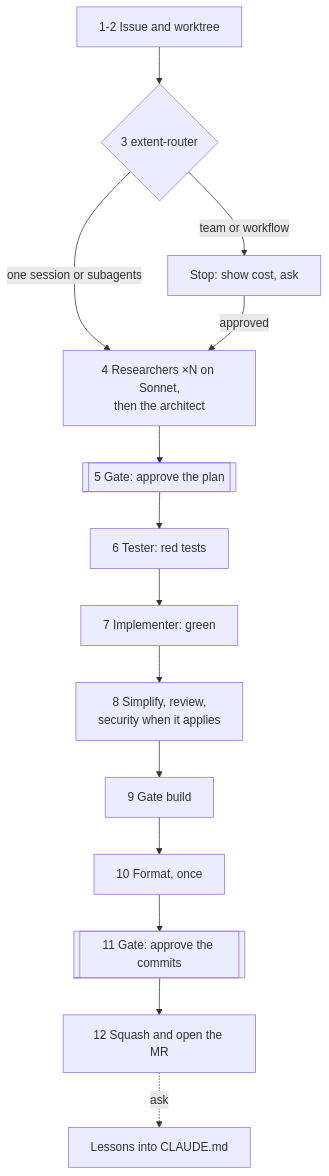
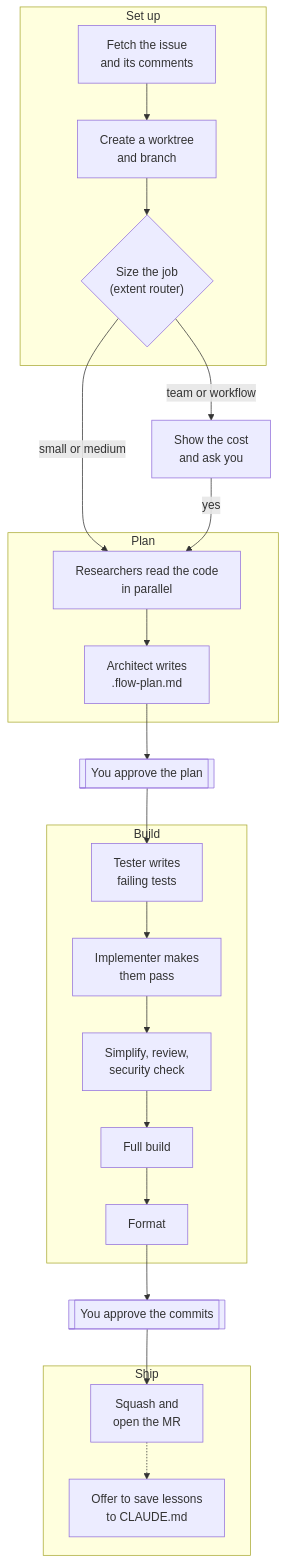
One commit to MarkusVGJensen/flow changed the fourth of 5 diagrams in README.md. Above: the diagram before and after it, drawn with Mermaid. The commit also changed other lines of this file, not shown here.

First line of the commit message:
README: easier to read, ideas explained one by one

````diff
--- a/README.md
+++ b/README.md
@@ -134,16 +366,21 @@
 ```mermaid
 flowchart TD
-  A["1-2 Issue and worktree"] --> R{"3 extent-router"}
-  R -- "one session or subagents" --> P["4 Researchers ×N on Sonnet,<br/>then the architect"]
-  R -- "team or workflow" --> Q["Stop: show cost, ask"]
-  Q -- "approved" --> P
-  P --> G1[["5 Gate: approve the plan"]]
-  G1 --> T["6 Tester: red tests"]
-  T --> I["7 Implementer: green"]
-  I --> V["8 Simplify, review,<br/>security when it applies"]
-  V --> B["9 Gate build"]
-  B --> F["10 Format, once"]
-  F --> G2[["11 Gate: approve the commits"]]
-  G2 --> M["12 Squash and open the MR"]
-  M -. "ask" .-> L["Lessons into CLAUDE.md"]
+  subgraph setup["Set up"]
+    S1["Fetch the issue<br/>and its comments"] --> S2["Create a worktree<br/>and branch"] --> S3{"Size the job<br/>(extent router)"}
+  end
+  S3 -- "small or medium" --> P1
+  S3 -- "team or workflow" --> ASK["Show the cost<br/>and ask you"] -- "yes" --> P1
+  subgraph plan["Plan"]
+    P1["Researchers read the code<br/>in parallel"] --> P2["Architect writes<br/>.flow-plan.md"]
+  end
+  P2 --> G1[["You approve the plan"]]
+  subgraph build["Build"]
+    B1["Tester writes<br/>failing tests"] --> B2["Implementer makes<br/>them pass"] --> B3["Simplify, review,<br/>security check"] --> B4["Full build"] --> B5["Format"]
+  end
+  G1 --> B1
+  B5 --> G2[["You approve the commits"]]
+  subgraph ship["Ship"]
+    M1["Squash and<br/>open the MR"] -.-> M2["Offer to save lessons<br/>to CLAUDE.md"]
+  end
+  G2 --> M1
 ```
````
